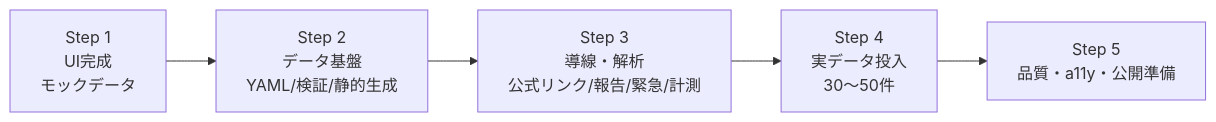
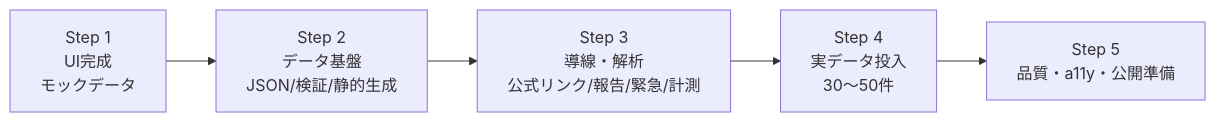
Before and after one commit to dayaa-arch/kodomo-support-commons: the diagram in docs/development-roadmap.md, drawn with Mermaid. The commit also changed other lines of this file and 31 other files, not shown here.

````diff
--- a/docs/development-roadmap.md
+++ b/docs/development-roadmap.md
@@ -9,7 +9,7 @@
 ```mermaid
 flowchart LR
-  S1[Step 1<br/>UI完成<br/>モックデータ] --> S2[Step 2<br/>データ基盤<br/>YAML/検証/静的生成]
+  S1[Step 1<br/>UI完成<br/>モックデータ] --> S2[Step 2<br/>データ基盤<br/>JSON/検証/静的生成]
   S2 --> S3[Step 3<br/>導線・解析<br/>公式リンク/報告/緊急/計測]
   S3 --> S4[Step 4<br/>実データ投入<br/>30〜50件]
   S4 --> S5[Step 5<br/>品質・a11y・公開準備]
 ```
````
